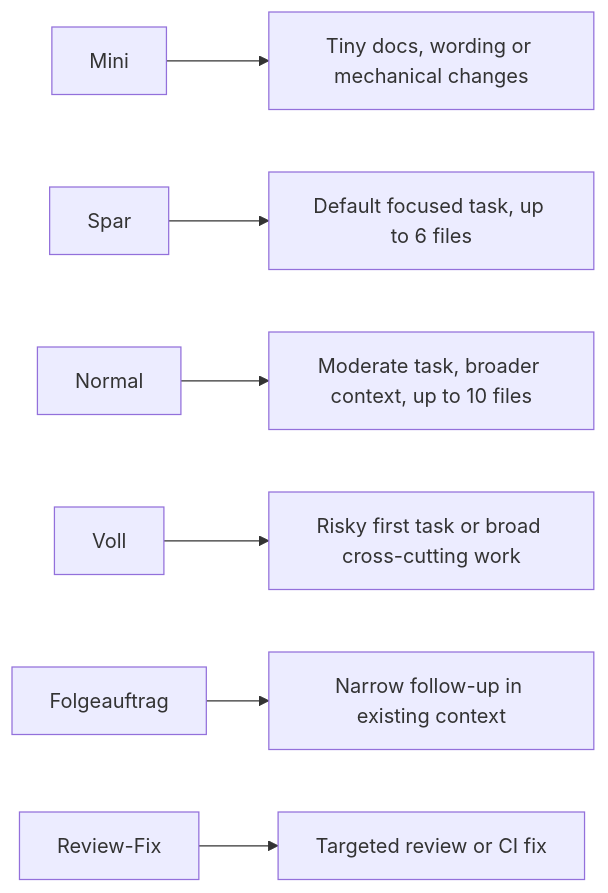
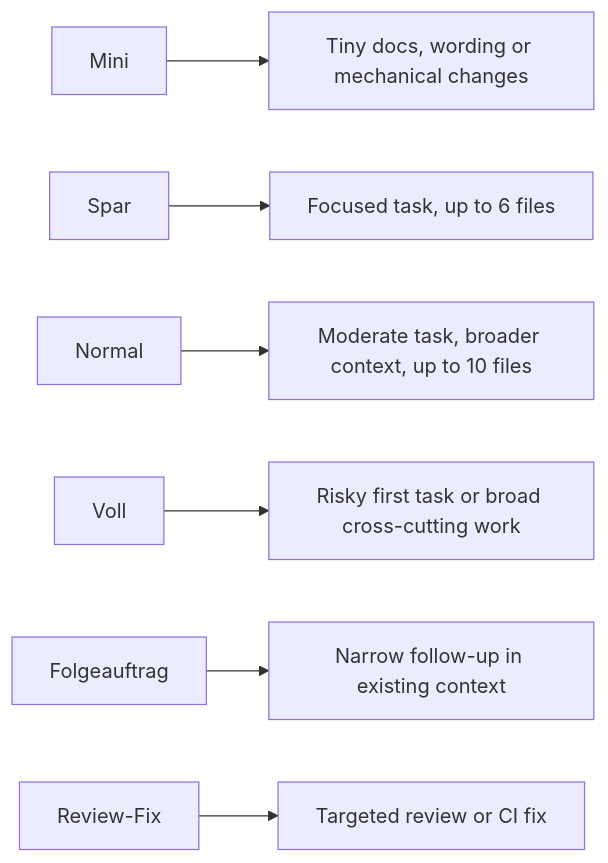
Before and after one commit to AdrianR98/parqet-app: the fourth of 5 diagrams in prompts/README.md, drawn with Mermaid.

Commit message:
Update Spar task description in README

````diff
--- a/prompts/README.md
+++ b/prompts/README.md
@@ -57,9 +57,9 @@
 ```mermaid
 flowchart LR
     A["Mini"] --> B["Tiny docs, wording or mechanical changes"]
-    C["Spar"] --> D["Default focused task, up to 6 files"]
+    C["Spar"] --> D["Focused task, up to 6 files"]
     E["Normal"] --> F["Moderate task, broader context, up to 10 files"]
     G["Voll"] --> H["Risky first task or broad cross-cutting work"]
     I["Folgeauftrag"] --> J["Narrow follow-up in existing context"]
     K["Review-Fix"] --> L["Targeted review or CI fix"]
 ```
````
